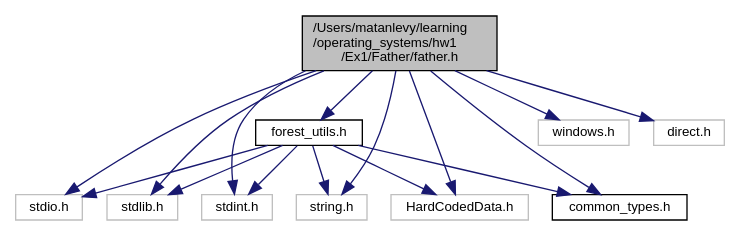
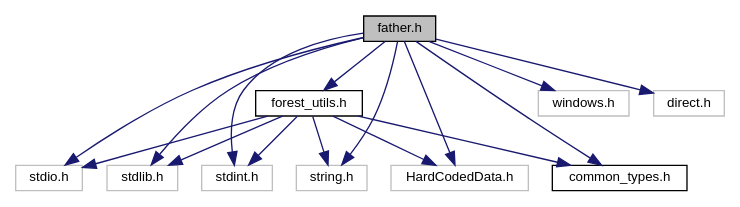
The diagram in father_8h__incl.dot (LevyMatan/ISP_ex1_doc), drawn with Graphviz before and after one commit. The commit also changed 81 other files, not shown here.

```diff
--- a/father_8h__incl.dot
+++ b/father_8h__incl.dot
@@ -1,32 +1,32 @@
-digraph "/Users/matanlevy/learning/operating_systems/hw1/Ex1/Father/father.h"
+digraph "father.h"
 {
  // INTERACTIVE_SVG=YES
  // LATEX_PDF_SIZE
   edge [fontname="Helvetica",fontsize="10",labelfontname="Helvetica",labelfontsize="10"];
   node [fontname="Helvetica",fontsize="10",shape=record];
-  Node1 [label="/Users/matanlevy/learning\l/operating_systems/hw1\l/Ex1/Father/father.h",height=0.2,width=0.4,color="black", fillcolor="grey75", style="filled", fontcolor="black",tooltip=" "];
+  Node1 [label="father.h",height=0.2,width=0.4,color="black", fillcolor="grey75", style="filled", fontcolor="black",tooltip=" "];
   Node1 -> Node2 [color="midnightblue",fontsize="10",style="solid",fontname="Helvetica"];
   Node2 [label="stdio.h",height=0.2,width=0.4,color="grey75", fillcolor="white", style="filled",tooltip=" "];
   Node1 -> Node3 [color="midnightblue",fontsize="10",style="solid",fontname="Helvetica"];
   Node3 [label="stdlib.h",height=0.2,width=0.4,color="grey75", fillcolor="white", style="filled",tooltip=" "];
   Node1 -> Node4 [color="midnightblue",fontsize="10",style="solid",fontname="Helvetica"];
   Node4 [label="stdint.h",height=0.2,width=0.4,color="grey75", fillcolor="white", style="filled",tooltip=" "];
   Node1 -> Node5 [color="midnightblue",fontsize="10",style="solid",fontname="Helvetica"];
   Node5 [label="string.h",height=0.2,width=0.4,color="grey75", fillcolor="white", style="filled",tooltip=" "];
   Node1 -> Node6 [color="midnightblue",fontsize="10",style="solid",fontname="Helvetica"];
   Node6 [label="windows.h",height=0.2,width=0.4,color="grey75", fillcolor="white", style="filled",tooltip=" "];
   Node1 -> Node7 [color="midnightblue",fontsize="10",style="solid",fontname="Helvetica"];
   Node7 [label="direct.h",height=0.2,width=0.4,color="grey75", fillcolor="white", style="filled",tooltip=" "];
   Node1 -> Node8 [color="midnightblue",fontsize="10",style="solid",fontname="Helvetica"];
   Node8 [label="HardCodedData.h",height=0.2,width=0.4,color="grey75", fillcolor="white", style="filled",tooltip=" "];
   Node1 -> Node9 [color="midnightblue",fontsize="10",style="solid",fontname="Helvetica"];
   Node9 [label="common_types.h",height=0.2,width=0.4,color="black", fillcolor="white", style="filled",URL="$common__types_8h.html",tooltip="Hold common defenitions and types."];
   Node1 -> Node10 [color="midnightblue",fontsize="10",style="solid",fontname="Helvetica"];
   Node10 [label="forest_utils.h",height=0.2,width=0.4,color="black", fillcolor="white", style="filled",URL="$forest__utils_8h.html",tooltip="This sub-module will handle all forest related functions."];
   Node10 -> Node4 [color="midnightblue",fontsize="10",style="solid",fontname="Helvetica"];
   Node10 -> Node2 [color="midnightblue",fontsize="10",style="solid",fontname="Helvetica"];
   Node10 -> Node3 [color="midnightblue",fontsize="10",style="solid",fontname="Helvetica"];
   Node10 -> Node5 [color="midnightblue",fontsize="10",style="solid",fontname="Helvetica"];
   Node10 -> Node8 [color="midnightblue",fontsize="10",style="solid",fontname="Helvetica"];
   Node10 -> Node9 [color="midnightblue",fontsize="10",style="solid",fontname="Helvetica"];
 }
```
